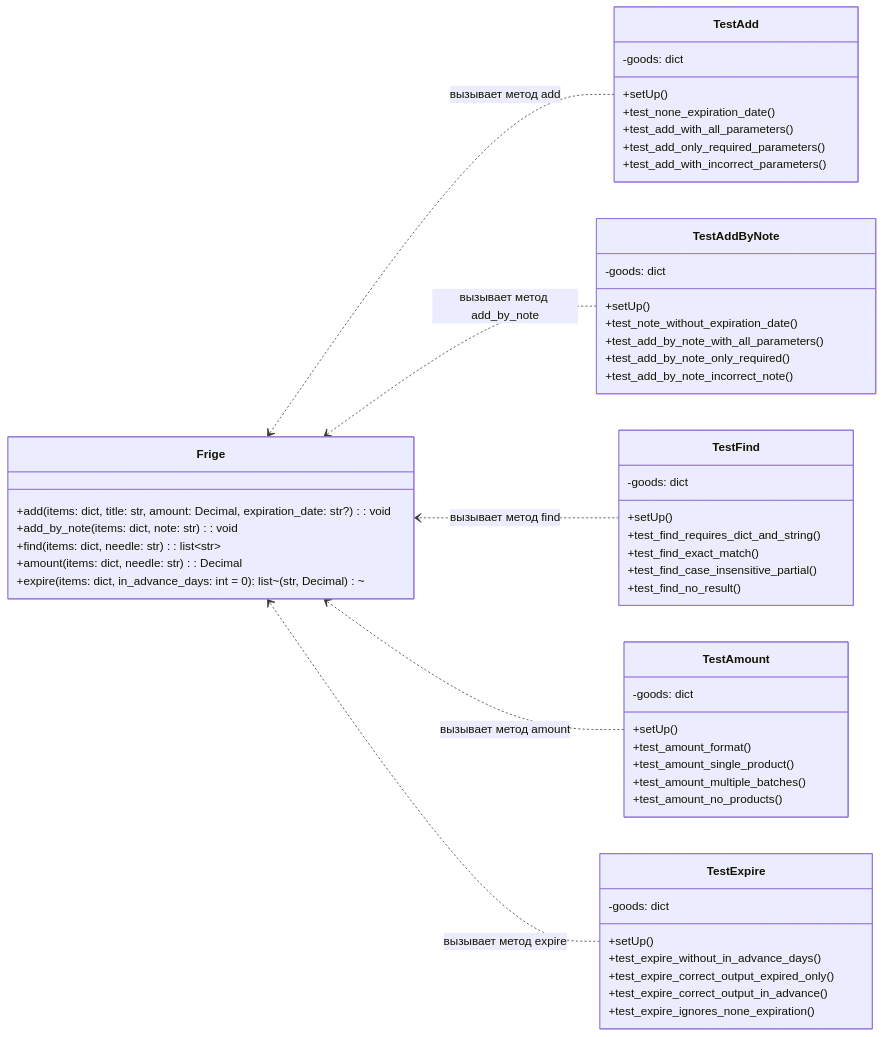
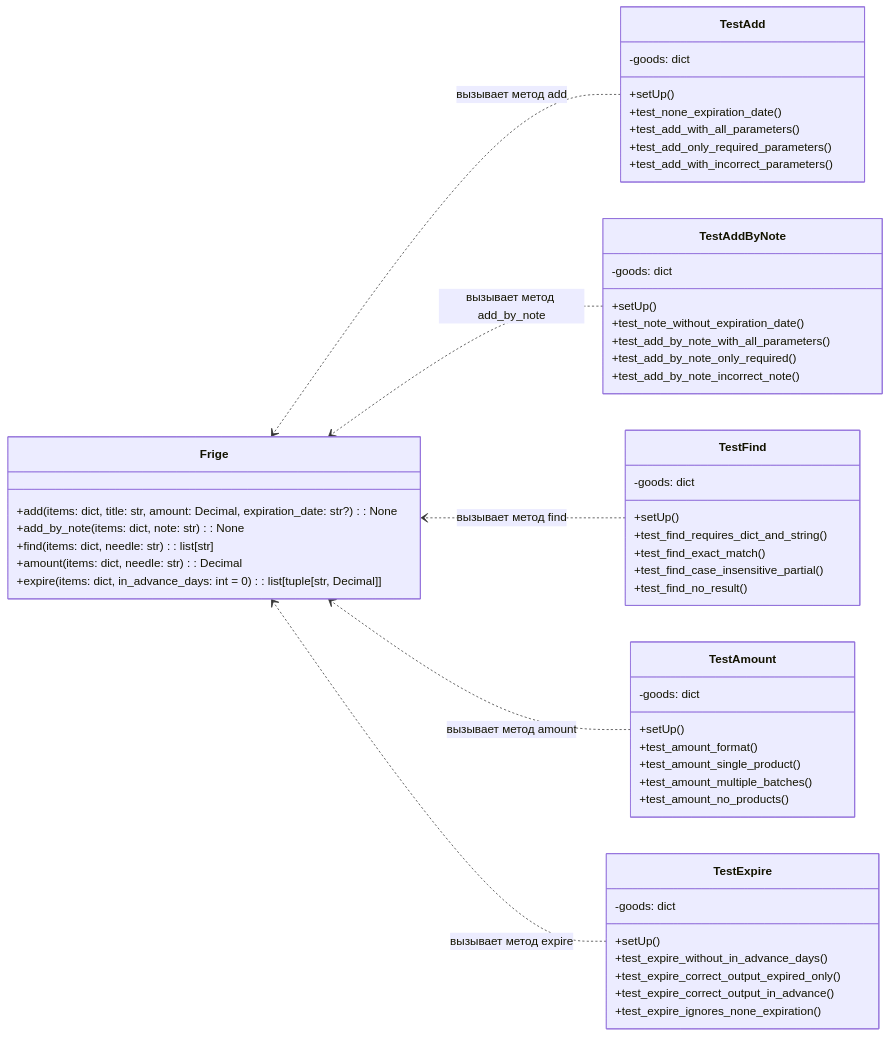
One commit to hapava-angel/fridge changed the diagram in README.md. Above: the diagram before and after it, drawn with Mermaid.

Commit message:
correct readme

````diff
--- a/README.md
+++ b/README.md
@@ -1,67 +1,67 @@
 ```mermaid
 classDiagram
     direction RL
 
     %% ----- Тесты -----
     class TestAdd {
         -goods: dict
         +setUp()
         +test_none_expiration_date()
         +test_add_with_all_parameters()
         +test_add_only_required_parameters()
         +test_add_with_incorrect_parameters()
     }
 
     class TestAddByNote {
         -goods: dict
         +setUp()
         +test_note_without_expiration_date()
         +test_add_by_note_with_all_parameters()
         +test_add_by_note_only_required()
         +test_add_by_note_incorrect_note()
     }
 
     class TestFind {
         -goods: dict
         +setUp()
         +test_find_requires_dict_and_string()
         +test_find_exact_match()
         +test_find_case_insensitive_partial()
         +test_find_no_result()
     }
 
     class TestAmount {
         -goods: dict
         +setUp()
         +test_amount_format()
         +test_amount_single_product()
         +test_amount_multiple_batches()
         +test_amount_no_products()
     }
 
     class TestExpire {
         -goods: dict
         +setUp()
         +test_expire_without_in_advance_days()
         +test_expire_correct_output_expired_only()
         +test_expire_correct_output_in_advance()
         +test_expire_ignores_none_expiration()
     }
 
     %% ----- Основной класс (ниже всех тестов) -----
     class Frige {
-        +add(items: dict, title: str, amount: Decimal, expiration_date: str?): void
-        +add_by_note(items: dict, note: str): void
-        +find(items: dict, needle: str): list~str~
+        +add(items: dict, title: str, amount: Decimal, expiration_date: str?): None
+        +add_by_note(items: dict, note: str): None
+        +find(items: dict, needle: str): list[str]
         +amount(items: dict, needle: str): Decimal
-        +expire(items: dict, in_advance_days: int = 0): list~(str, Decimal)~
+        +expire(items: dict, in_advance_days: int = 0): list[tuple[str, Decimal]]
     }
 
     %% Зависимости тестов от Frige
     TestAdd ..> Frige : вызывает метод add
     TestAddByNote ..> Frige : вызывает метод add_by_note
     TestFind ..> Frige : вызывает метод find
     TestAmount ..> Frige : вызывает метод amount
     TestExpire ..> Frige : вызывает метод expire
 
 ```
````
